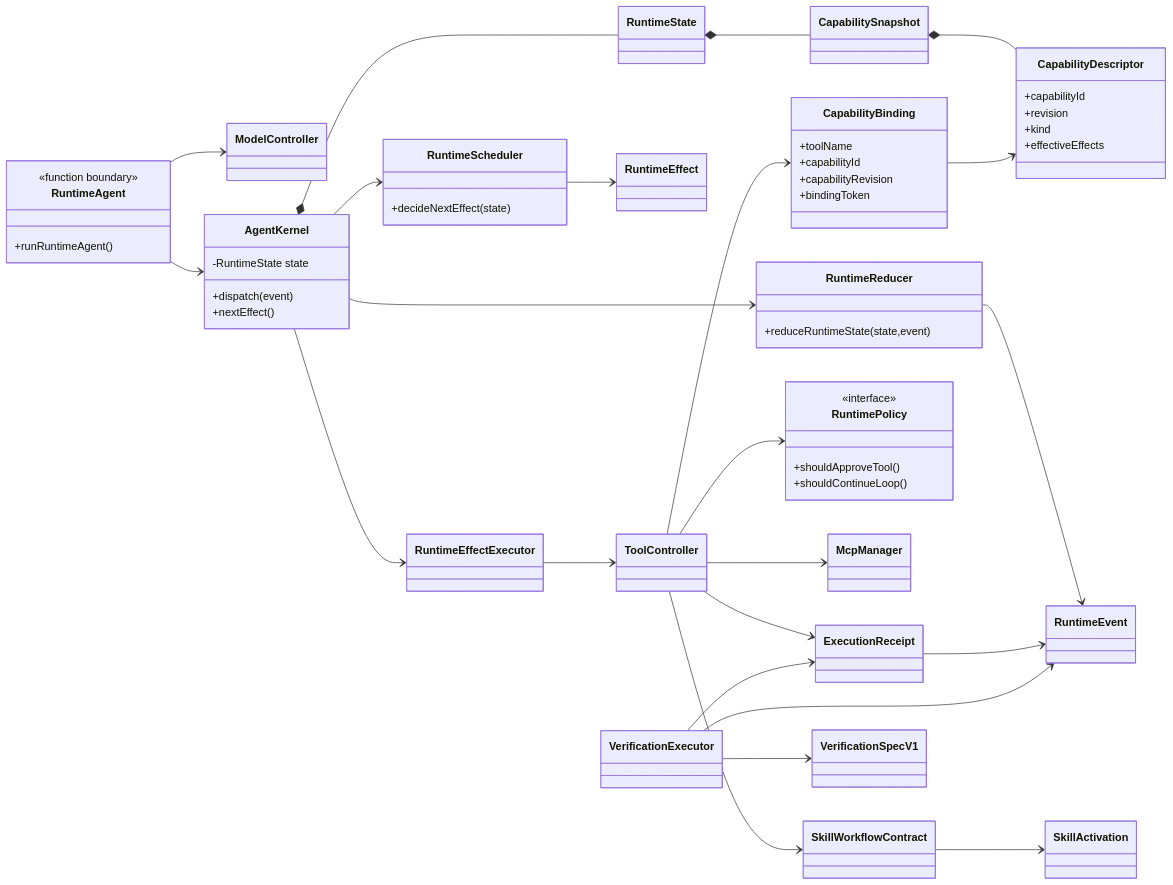
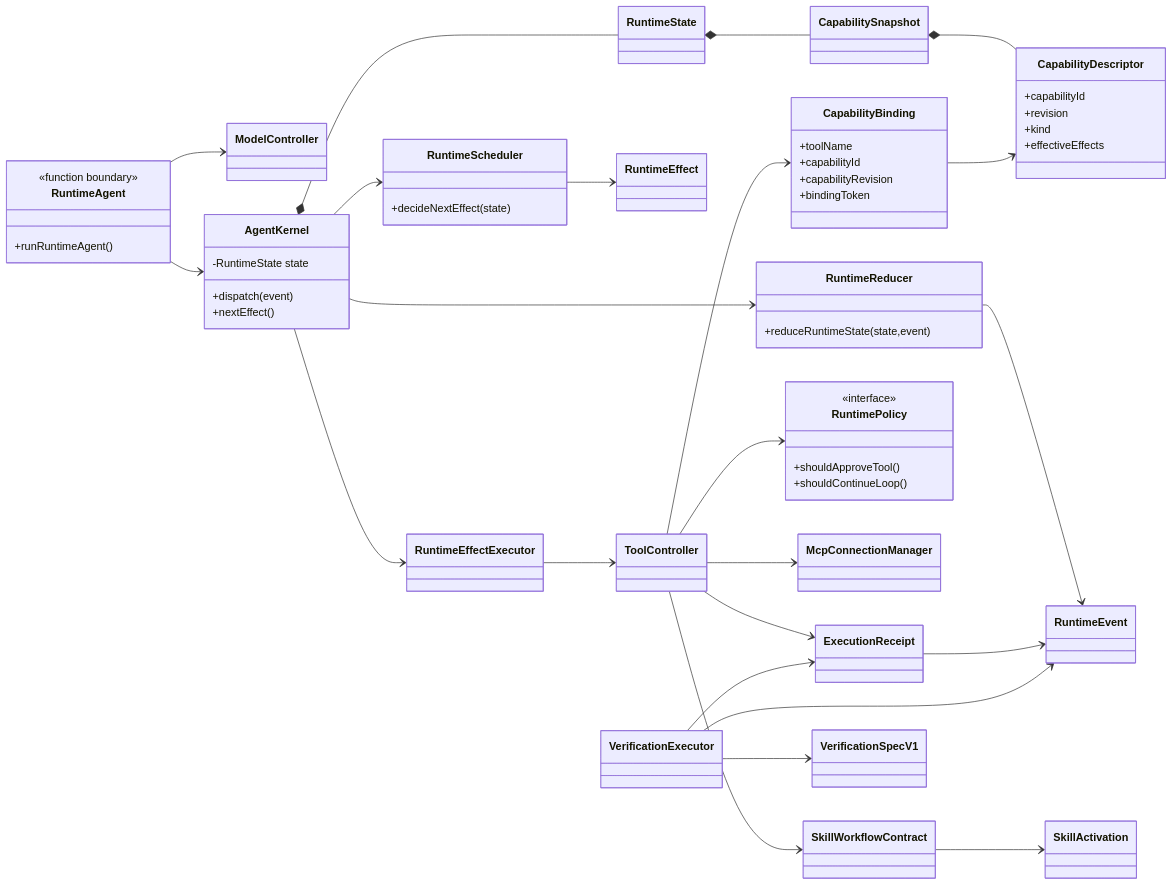
One commit to ferqx/kite-code changed the second of 2 diagrams in docs/active/six-concept-runtime-architecture.md. Above: the diagram before and after it, drawn with Mermaid. The commit also changed other lines of this file and 35 other files, not shown here.

````diff
--- a/docs/active/six-concept-runtime-architecture.md
+++ b/docs/active/six-concept-runtime-architecture.md
@@ -182,73 +182,73 @@
 ```mermaid
 classDiagram
 direction LR
 
 class RuntimeAgent {
   <<function boundary>>
   +runRuntimeAgent()
 }
 class ModelController
 class AgentKernel {
   -RuntimeState state
   +dispatch(event)
   +nextEffect()
 }
 class RuntimeState
 class RuntimeEvent
 class RuntimeEffect
 class RuntimeScheduler {
   +decideNextEffect(state)
 }
 class RuntimeReducer {
   +reduceRuntimeState(state,event)
 }
 class CapabilitySnapshot
 class CapabilityDescriptor {
   +capabilityId
   +revision
   +kind
   +effectiveEffects
 }
 class CapabilityBinding {
   +toolName
   +capabilityId
   +capabilityRevision
   +bindingToken
 }
 class RuntimePolicy {
   <<interface>>
   +shouldApproveTool()
   +shouldContinueLoop()
 }
 class RuntimeEffectExecutor
 class ToolController
-class McpManager
+class McpConnectionManager
 class SkillWorkflowContract
 class SkillActivation
 class ExecutionReceipt
 class VerificationSpecV1
 class VerificationExecutor
 
 RuntimeAgent --> ModelController
 RuntimeAgent --> AgentKernel
 AgentKernel *-- RuntimeState
 AgentKernel --> RuntimeScheduler
 AgentKernel --> RuntimeReducer
 RuntimeScheduler --> RuntimeEffect
 RuntimeReducer --> RuntimeEvent
 AgentKernel --> RuntimeEffectExecutor
 RuntimeState *-- CapabilitySnapshot
 CapabilitySnapshot *-- CapabilityDescriptor
 CapabilityBinding --> CapabilityDescriptor
 RuntimeEffectExecutor --> ToolController
 ToolController --> CapabilityBinding
 ToolController --> RuntimePolicy
-ToolController --> McpManager
+ToolController --> McpConnectionManager
 ToolController --> SkillWorkflowContract
 SkillWorkflowContract --> SkillActivation
 ToolController --> ExecutionReceipt
 ExecutionReceipt --> RuntimeEvent
 VerificationExecutor --> VerificationSpecV1
 VerificationExecutor --> ExecutionReceipt
 VerificationExecutor --> RuntimeEvent
 ```
````
